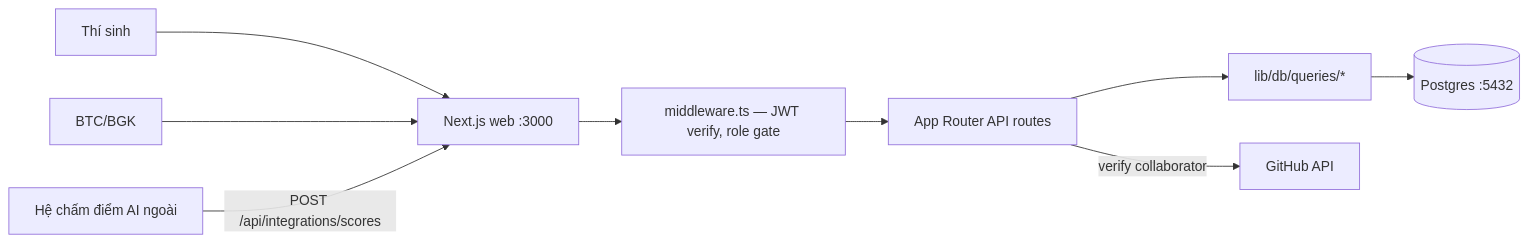
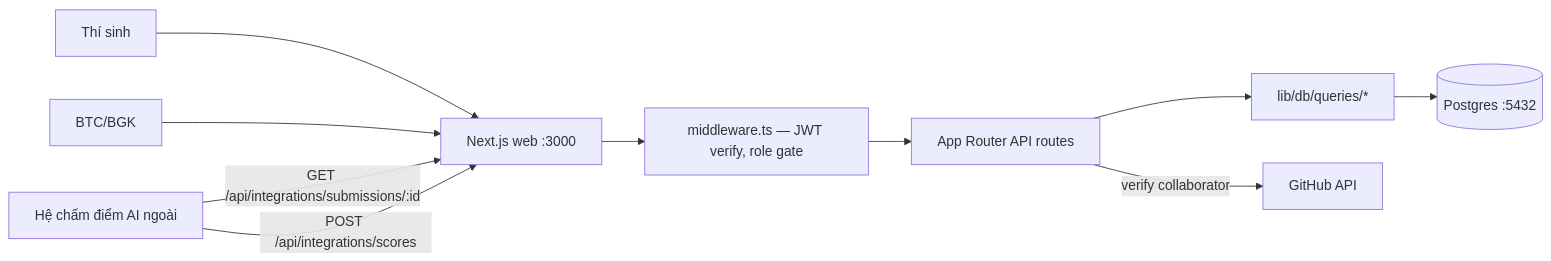
One commit to THINHLQ97-company/vibe-code-challenge changed the diagram in docs/ARCH.md. Above: the diagram before and after it, drawn with Mermaid. The commit also changed other lines of this file and 6 other files, not shown here.

````diff
--- a/docs/ARCH.md
+++ b/docs/ARCH.md
@@ -20,11 +20,12 @@
 ```mermaid
 graph LR
   Candidate[Thí sinh] --> W[Next.js web :3000]
   Admin[BTC/BGK] --> W
-  External[Hệ chấm điểm AI ngoài] -->|POST /api/integrations/scores| W
+  External[Hệ chấm điểm AI ngoài] -->|GET /api/integrations/submissions/:id| W
+  External -->|POST /api/integrations/scores| W
   W --> MW[middleware.ts — JWT verify, role gate]
   MW --> API[App Router API routes]
   API --> Q[lib/db/queries/*]
   Q --> D[(Postgres :5432)]
   API -->|verify collaborator| GH[GitHub API]
 ```
````
